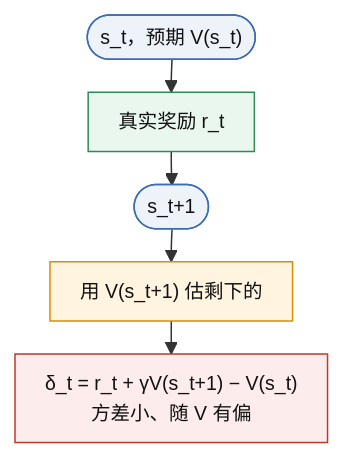
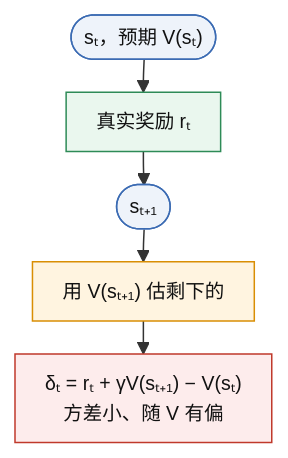
Diagram 19 of 22 in knowledge/B-alignment/B1-ppo-human-preferences-2017.md (xiachenfeng/openai-innovation-learning), drawn with Mermaid before and after one commit. The commit also changed other lines of this file and 3 other files, not shown here.

````diff
--- a/knowledge/B-alignment/B1-ppo-human-preferences-2017.md
+++ b/knowledge/B-alignment/B1-ppo-human-preferences-2017.md
@@ -896,12 +896,12 @@
 ```mermaid
 %%{init: {"flowchart": {"nodeSpacing": 24, "rankSpacing": 22, "padding": 10}, "themeVariables": {"fontSize": "13px"}}}%%
 flowchart TB
-  A(["s_t，预期 V(s_t)"]):::data --> B["真实奖励 r_t"]:::human --> C(["s_t+1"]):::data
-  C --> D["用 V(s_t+1) 估剩下的"]:::model
-  D --> E["δ_t = r_t + γV(s_t+1) − V(s_t)<br/>方差小、随 V 有偏"]:::loss
+  A(["sₜ，预期 V(sₜ)"]):::data --> B["真实奖励 rₜ"]:::human --> C(["sₜ₊₁"]):::data
+  C --> D["用 V(sₜ₊₁) 估剩下的"]:::model
+  D --> E["δₜ = rₜ + γV(sₜ₊₁) − V(sₜ)<br/>方差小、随 V 有偏"]:::loss
   classDef data  fill:#EEF3FA,stroke:#3B6BB3,color:#111
   classDef model fill:#FFF4E0,stroke:#D98E04,color:#111
   classDef frozen fill:#F2F2F2,stroke:#888,color:#333,stroke-dasharray:4 3
   classDef loss  fill:#FDECEC,stroke:#C0392B,color:#111
   classDef human fill:#EAF7EE,stroke:#2E8B57,color:#111
 ```
````
